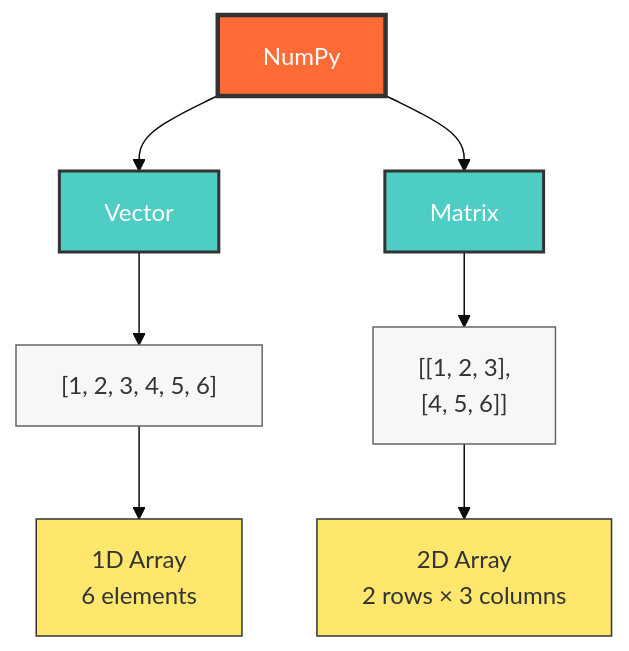
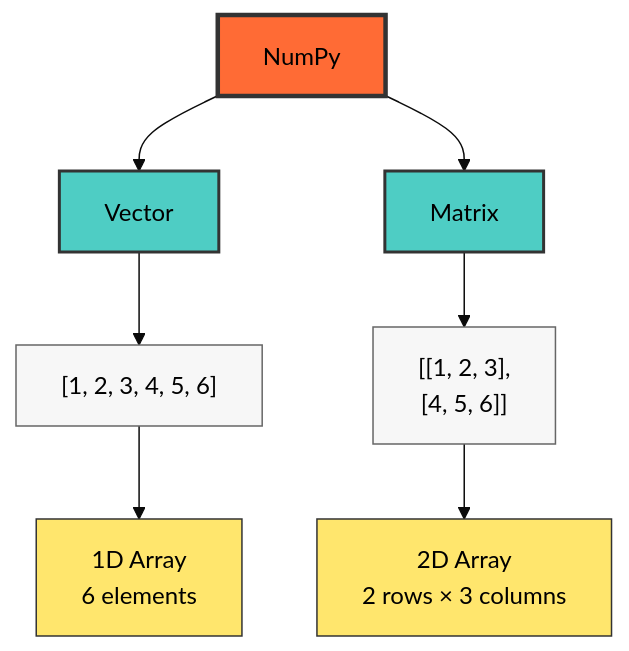
The diagram in README.md (siddharthkumarrai/numpy), drawn with Mermaid (base theme) before and after one commit.

````diff
--- a/README.md
+++ b/README.md
@@ -2,19 +2,19 @@
 ```mermaid 
 graph TD
     A[NumPy] --> B[Vector]
     A --> C[Matrix]
     
     B --> D["[1, 2, 3, 4, 5, 6]"]
     D --> E["1D Array<br/>6 elements"]
     
     C --> F["[[1, 2, 3],<br/> [4, 5, 6]]"]
     F --> G["2D Array<br/>2 rows × 3 columns"]
     
-    style A fill:#ff6b35,stroke:#333,stroke-width:3px,color:#fff
-    style B fill:#4ecdc4,stroke:#333,stroke-width:2px,color:#fff
-    style C fill:#4ecdc4,stroke:#333,stroke-width:2px,color:#fff
-    style D fill:#f7f7f7,stroke:#666,stroke-width:1px
-    style F fill:#f7f7f7,stroke:#666,stroke-width:1px
-    style E fill:#ffe66d,stroke:#333,stroke-width:1px
-    style G fill:#ffe66d,stroke:#333,stroke-width:1px
+    style A fill:#ff6b35,stroke:#333,stroke-width:3px,color:#000
+    style B fill:#4ecdc4,stroke:#333,stroke-width:2px,color:#000
+    style C fill:#4ecdc4,stroke:#333,stroke-width:2px,color:#000
+    style D fill:#f7f7f7,stroke:#666,stroke-width:1px,color:#000
+    style F fill:#f7f7f7,stroke:#666,stroke-width:1px,color:#000
+    style E fill:#ffe66d,stroke:#333,stroke-width:1px,color:#000
+    style G fill:#ffe66d,stroke:#333,stroke-width:1px,color:#000
 ```
````
